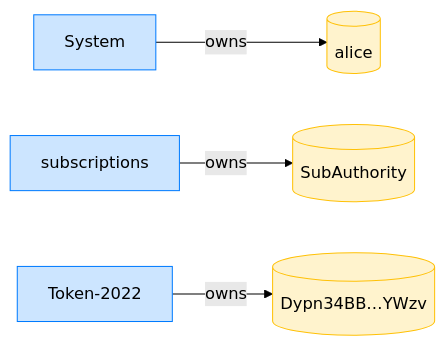
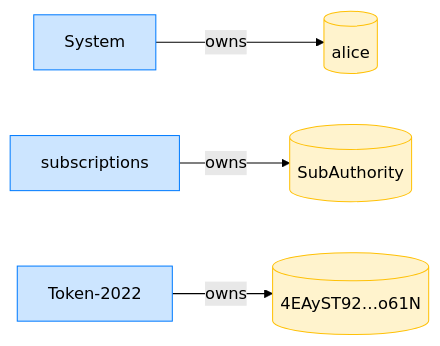
One commit to cds-rs/subscriptions changed the fourth of 4 diagrams in dsl_tests/initialize-over-a-token-2022-mint---pausable--.md. Above: the diagram before and after it, drawn with Mermaid (forest theme). The commit also changed other lines of this file and 224 other files, not shown here.

````diff
--- a/dsl_tests/initialize-over-a-token-2022-mint---pausable--.md
+++ b/dsl_tests/initialize-over-a-token-2022-mint---pausable--.md
@@ -73,14 +78,14 @@
 ```mermaid
 flowchart LR
     classDef owner fill:#cce5ff,stroke:#007bff;
     classDef account fill:#fff3cd,stroke:#ffc107;
     System[System]:::owner
     alice[(alice)]:::account
     subscriptions[subscriptions]:::owner
     SubAuthority[(SubAuthority)]:::account
     Token_2022["Token-2022"]:::owner
-    Dypn34BB_YWzv[("Dypn34BB…YWzv")]:::account
+    4EAyST92_o61N[("4EAyST92…o61N")]:::account
     System -->|owns| alice
     subscriptions -->|owns| SubAuthority
-    Token_2022 -->|owns| Dypn34BB_YWzv
+    Token_2022 -->|owns| 4EAyST92_o61N
 ```
````
